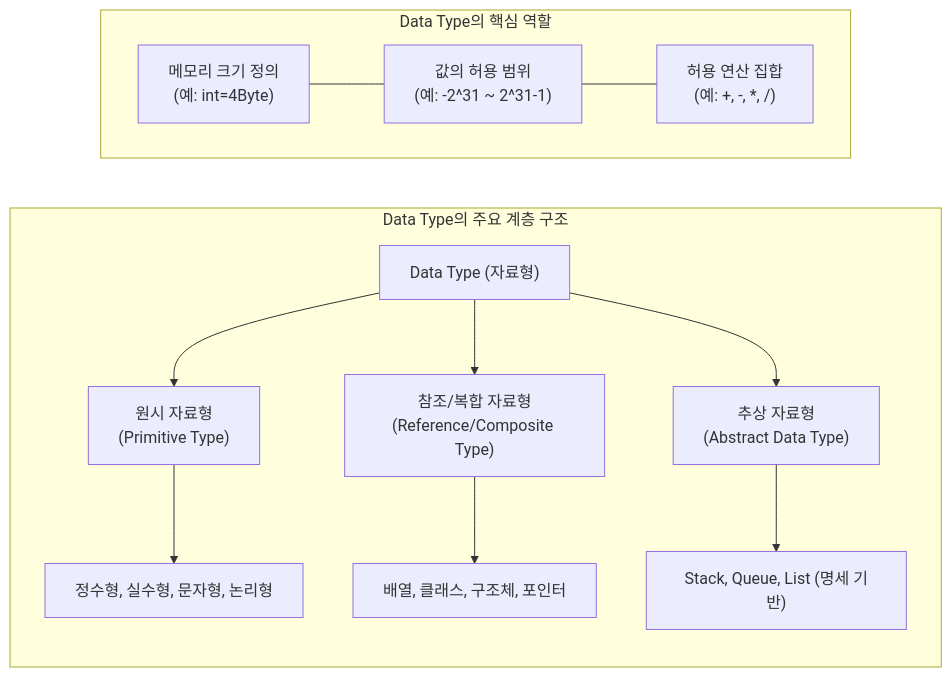
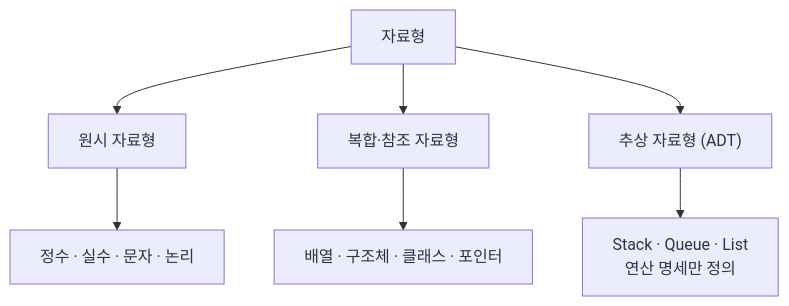
Before and after one commit to supremethumb/supremethumb.github.io: the diagram in content/01_IT Tech/Data Type.md, drawn with Mermaid. The commit also changed other lines of this file and 1087 other files, not shown here.

````diff
--- a/content/01_IT Tech/Data Type.md
+++ b/content/01_IT Tech/Data Type.md
@@ -30,30 +35,9 @@
 ```mermaid
 flowchart TD
-    subgraph Role ["Data Type의 핵심 역할"]
-        direction LR
-        Mem["메모리 크기 정의<br/>(예: int=4Byte)"]
-        Val["값의 허용 범위<br/>(예: -2^31 ~ 2^31-1)"]
-        Op["허용 연산 집합<br/>(예: +, -, *, /)"]
-        Mem --- Val --- Op
-    end
-
-    subgraph Type_Hierarchy ["Data Type의 주요 계층 구조"]
-        direction TB
-        DT["Data Type (자료형)"]
-        
-        Primitive["원시 자료형<br/>(Primitive Type)"]
-        Reference["참조/복합 자료형<br/>(Reference/Composite Type)"]
-        ADT["추상 자료형<br/>(Abstract Data Type)"]
-        
-        DT --> Primitive
-        DT --> Reference
-        DT --> ADT
-        
-        Primitive --> Int["정수형, 실수형, 문자형, 논리형"]
-        Reference --> Class["배열, 클래스, 구조체, 포인터"]
-        ADT --> Stack["Stack, Queue, List (명세 기반)"]
-    end
-    
-    Role ~~~ Type_Hierarchy
-
+    DT["자료형"] --> P["원시 자료형"]
+    DT --> C["복합·참조 자료형"]
+    DT --> A["추상 자료형 (ADT)"]
+    P --> P1["정수 · 실수 · 문자 · 논리"]
+    C --> C1["배열 · 구조체 · 클래스 · 포인터"]
+    A --> A1["Stack · Queue · List<br/>연산 명세만 정의"]
 ```
````
